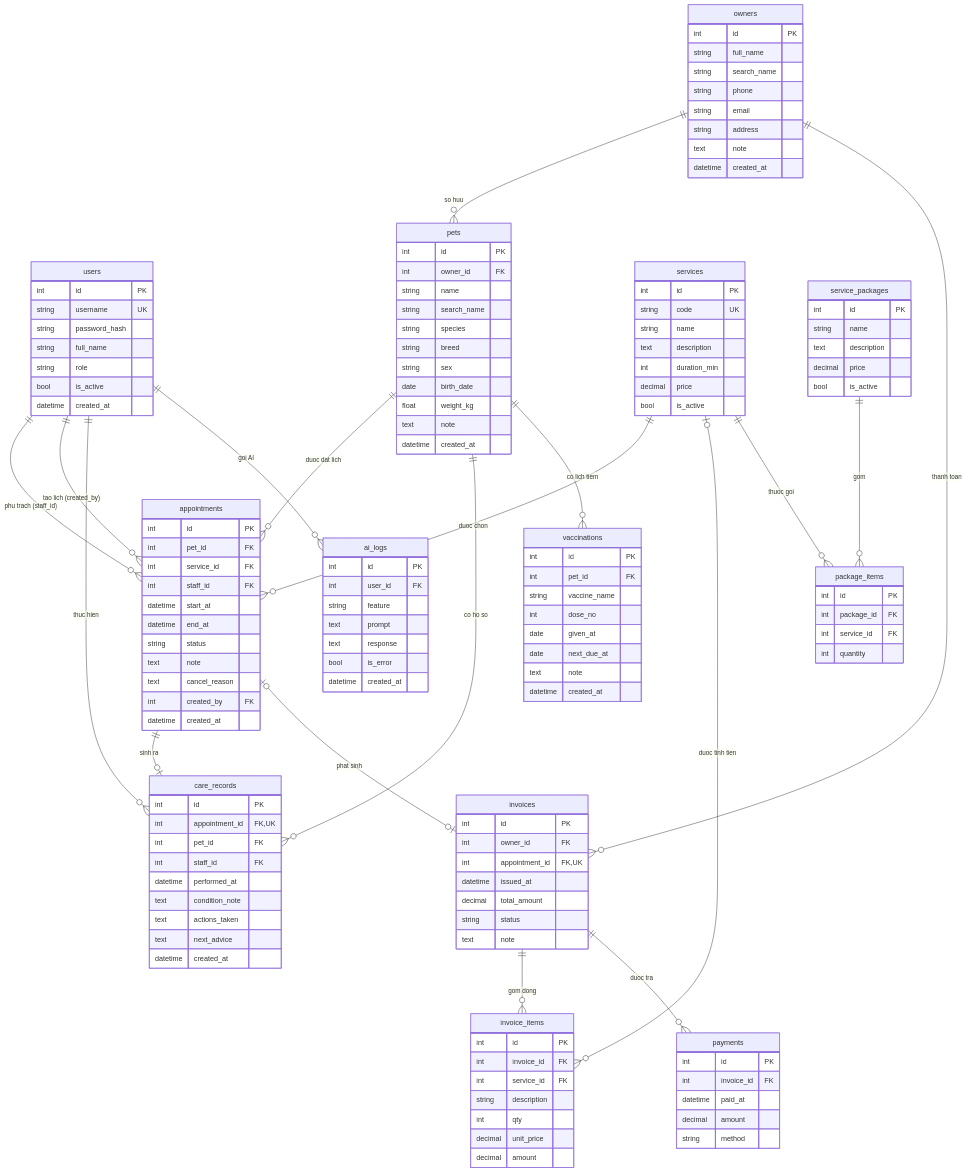
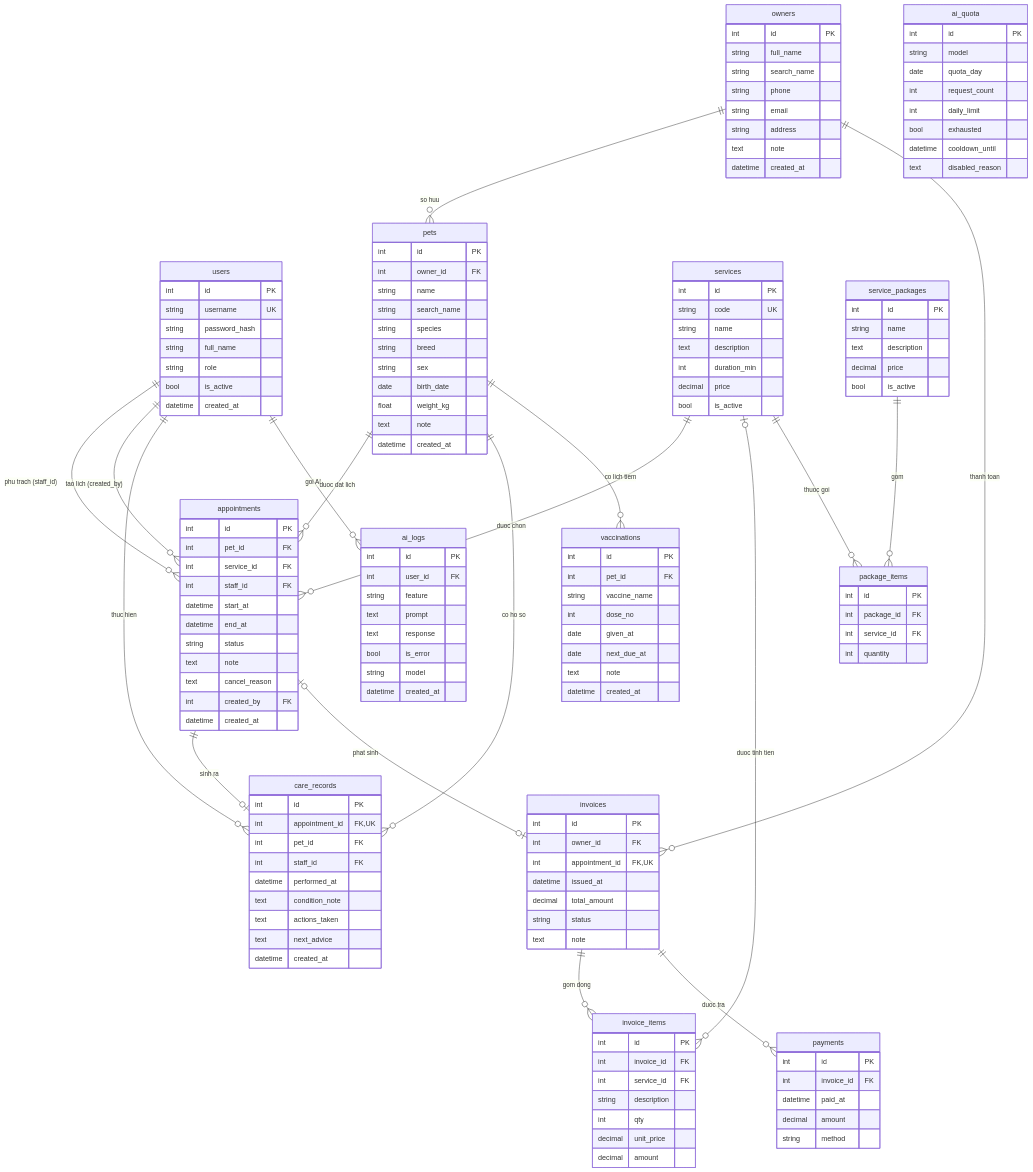
One commit to dtc245010034-rgb/Veterinary-management-system changed the diagram in docs/erd.md. Above: the diagram before and after it, drawn with Mermaid. The commit also changed other lines of this file and 25 other files, not shown here.

First line of the commit message:
feat: P7 chang 1 - nen AI, xoay ca model Gemini va uoc tinh quota

````diff
--- a/docs/erd.md
+++ b/docs/erd.md
@@ -156,6 +156,18 @@
         text prompt
         text response
         bool is_error
+        string model
         datetime created_at
     }
+
+    ai_quota {
+        int id PK
+        string model
+        date quota_day
+        int request_count
+        int daily_limit
+        bool exhausted
+        datetime cooldown_until
+        text disabled_reason
+    }
 ```
````
